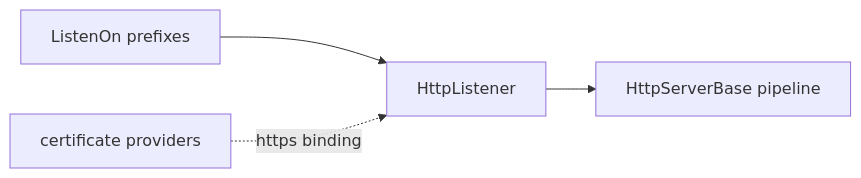
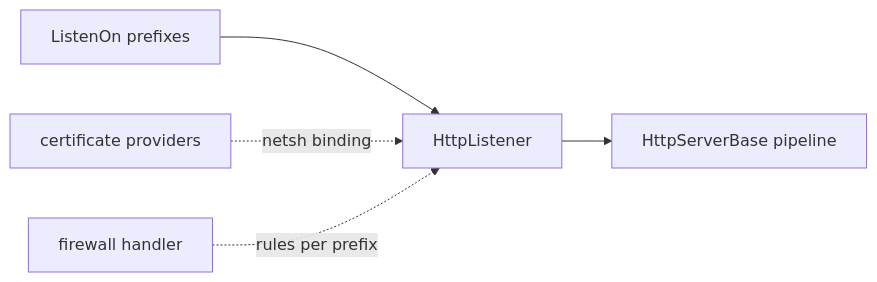
Before and after one commit to dosh1974/SysWeaver: the diagram in SysWeaver.NetHttpServer/README.md, drawn with Mermaid. The commit also changed other lines of this file and 532 other files, not shown here.

````diff
--- a/SysWeaver.NetHttpServer/README.md
+++ b/SysWeaver.NetHttpServer/README.md
@@ -18,6 +18,7 @@
 ```mermaid
 flowchart LR
   Prefixes["ListenOn prefixes"] --> HL["HttpListener"]
   HL --> Pipe["HttpServerBase pipeline"]
-  Cert["certificate providers"] -.->|https binding| HL
+  Cert["certificate providers"] -.->|netsh binding| HL
+  FW["firewall handler"] -.->|rules per prefix| HL
 ```
````
